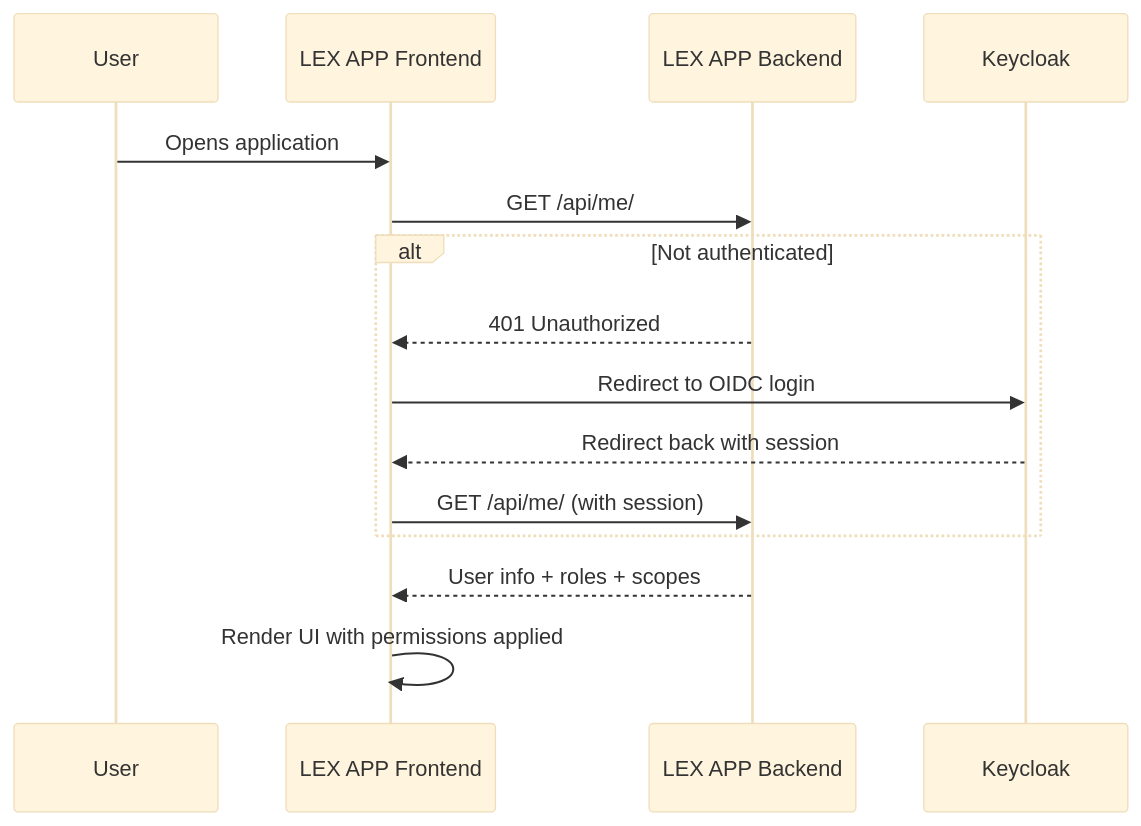
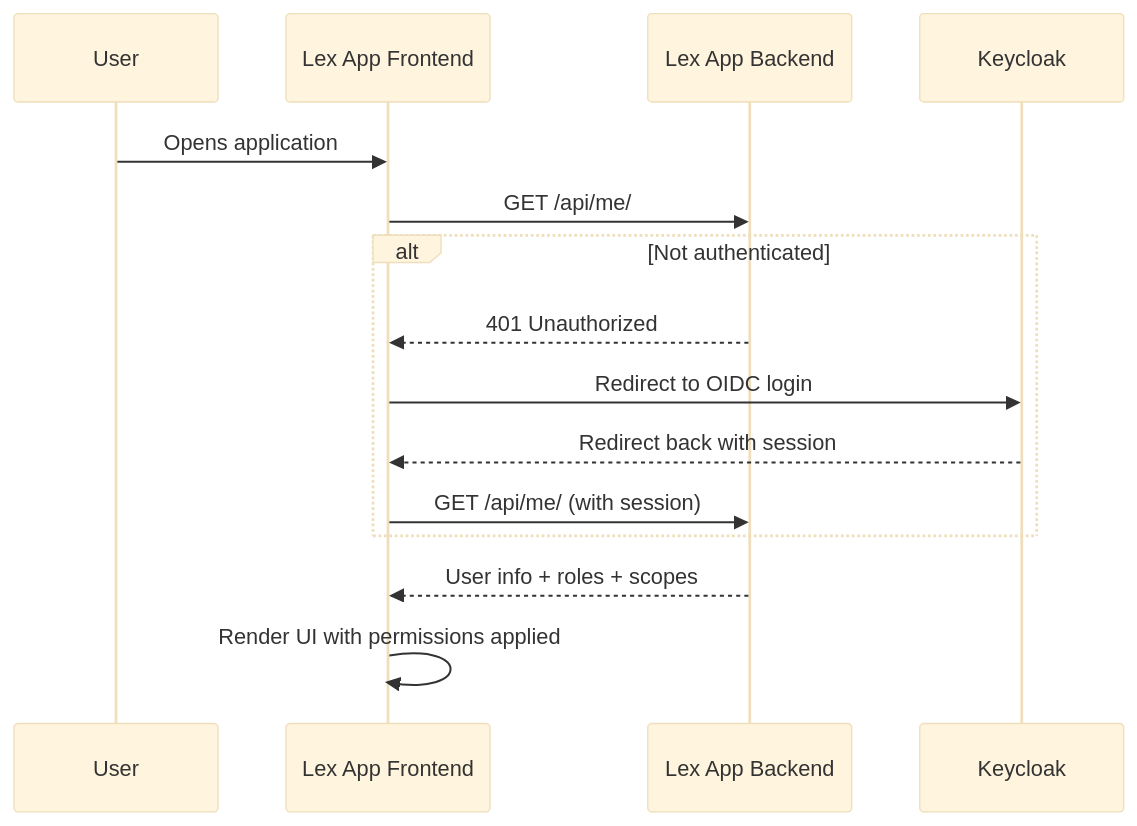
Before and after one commit to ExcellenceCloudGmbH/lex-app-docs: the diagram in content/features/access-and-ui/permissions.md, drawn with Mermaid (base theme). The commit also changed other lines of this file and 59 other files, not shown here.

````diff
--- a/content/features/access-and-ui/permissions.md
+++ b/content/features/access-and-ui/permissions.md
@@ -140,18 +136,18 @@
 ```mermaid
 sequenceDiagram
     participant User
-    participant App as LEX APP Frontend
-    participant API as LEX APP Backend
+    participant App as Lex App Frontend
+    participant API as Lex App Backend
     participant KC as Keycloak
 
     User->>App: Opens application
     App->>API: GET /api/me/
     alt Not authenticated
         API-->>App: 401 Unauthorized
         App->>KC: Redirect to OIDC login
         KC-->>App: Redirect back with session
         App->>API: GET /api/me/ (with session)
     end
     API-->>App: User info + roles + scopes
     App->>App: Render UI with permissions applied
 ```
````
